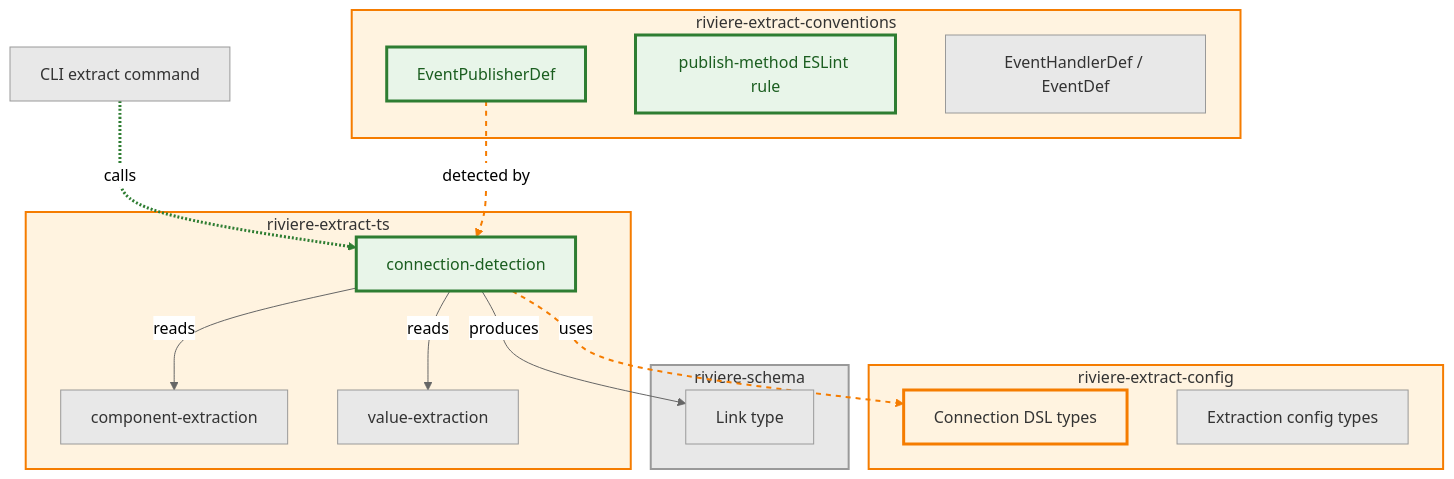
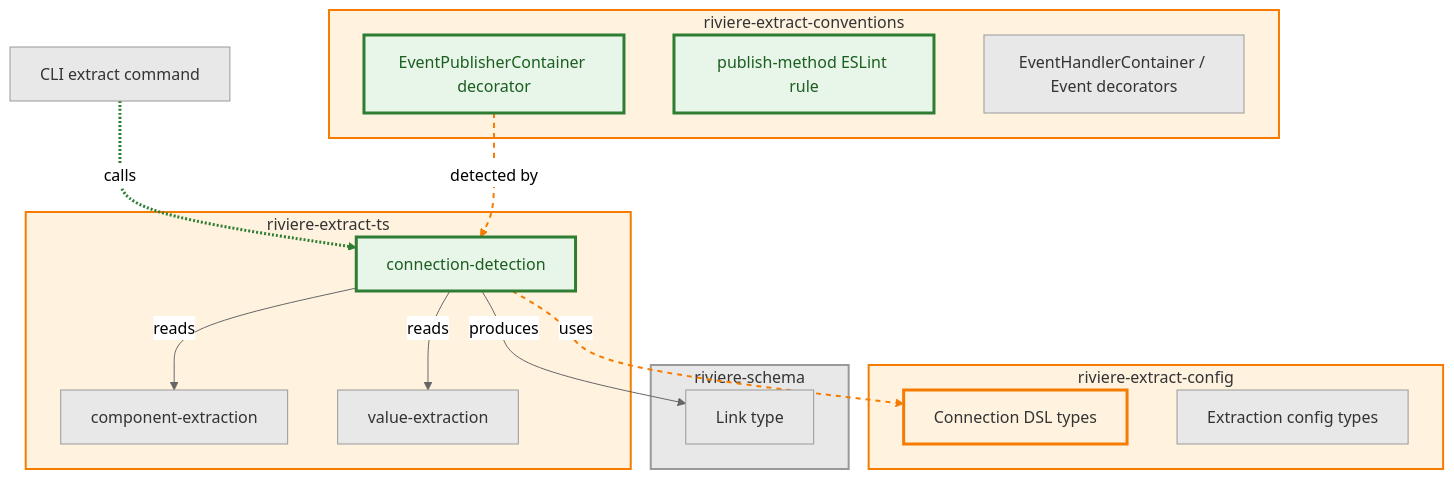
One commit to NTCoding/living-architecture changed the third of 8 diagrams in docs/project/PRD/active/PRD-phase-12-connection-detection.md. Above: the diagram before and after it, drawn with Mermaid (neutral theme). The commit also changed other lines of this file and 7 other files, not shown here.

````diff
--- a/docs/project/PRD/active/PRD-phase-12-connection-detection.md
+++ b/docs/project/PRD/active/PRD-phase-12-connection-detection.md
@@ -678,45 +674,45 @@
 ```mermaid
 graph TD
     classDef existing fill:#e8e8e8,stroke:#999,color:#333
     classDef feature fill:#e8f5e9,stroke:#2e7d32,color:#1b5e20,stroke-width:3px
     classDef horizontal fill:#e3f2fd,stroke:#1565c0,color:#0d47a1,stroke-width:3px
     classDef contract fill:#fff3e0,stroke:#f57c00,color:#333,stroke-width:3px
 
     cli_extract[CLI extract command]:::existing
 
     subgraph extractTs ["riviere-extract-ts"]
         cd[connection-detection]:::feature
         ce[component-extraction]:::existing
         ve[value-extraction]:::existing
     end
     style extractTs fill:#fff3e0,stroke:#f57c00,stroke-width:2px,color:#333
 
     subgraph config ["riviere-extract-config"]
         connSchema[Connection DSL types]:::contract
         existingTypes[Extraction config types]:::existing
     end
     style config fill:#fff3e0,stroke:#f57c00,stroke-width:2px,color:#333
 
     subgraph conventions ["riviere-extract-conventions"]
-        pubInterface[EventPublisherDef]:::feature
+        pubInterface[EventPublisherContainer decorator]:::feature
         pubRule[publish-method ESLint rule]:::feature
-        existingInterfaces[EventHandlerDef / EventDef]:::existing
+        existingDecorators[EventHandlerContainer / Event decorators]:::existing
     end
     style conventions fill:#fff3e0,stroke:#f57c00,stroke-width:2px,color:#333
 
     subgraph schema ["riviere-schema"]
         linkType[Link type]:::existing
     end
     style schema fill:#e8e8e8,stroke:#999,stroke-width:2px,color:#333
 
     cli_extract -.->|calls| cd
     cd -->|reads| ce
     cd -->|reads| ve
     cd -.->|uses| connSchema
     cd -->|produces| linkType
     pubInterface -.->|detected by| cd
 
     linkStyle 0 stroke:#2e7d32,stroke-width:3px
     linkStyle 3 stroke:#f57c00,stroke-width:2px,stroke-dasharray:5
     linkStyle 5 stroke:#f57c00,stroke-width:2px,stroke-dasharray:5
 ```
````
